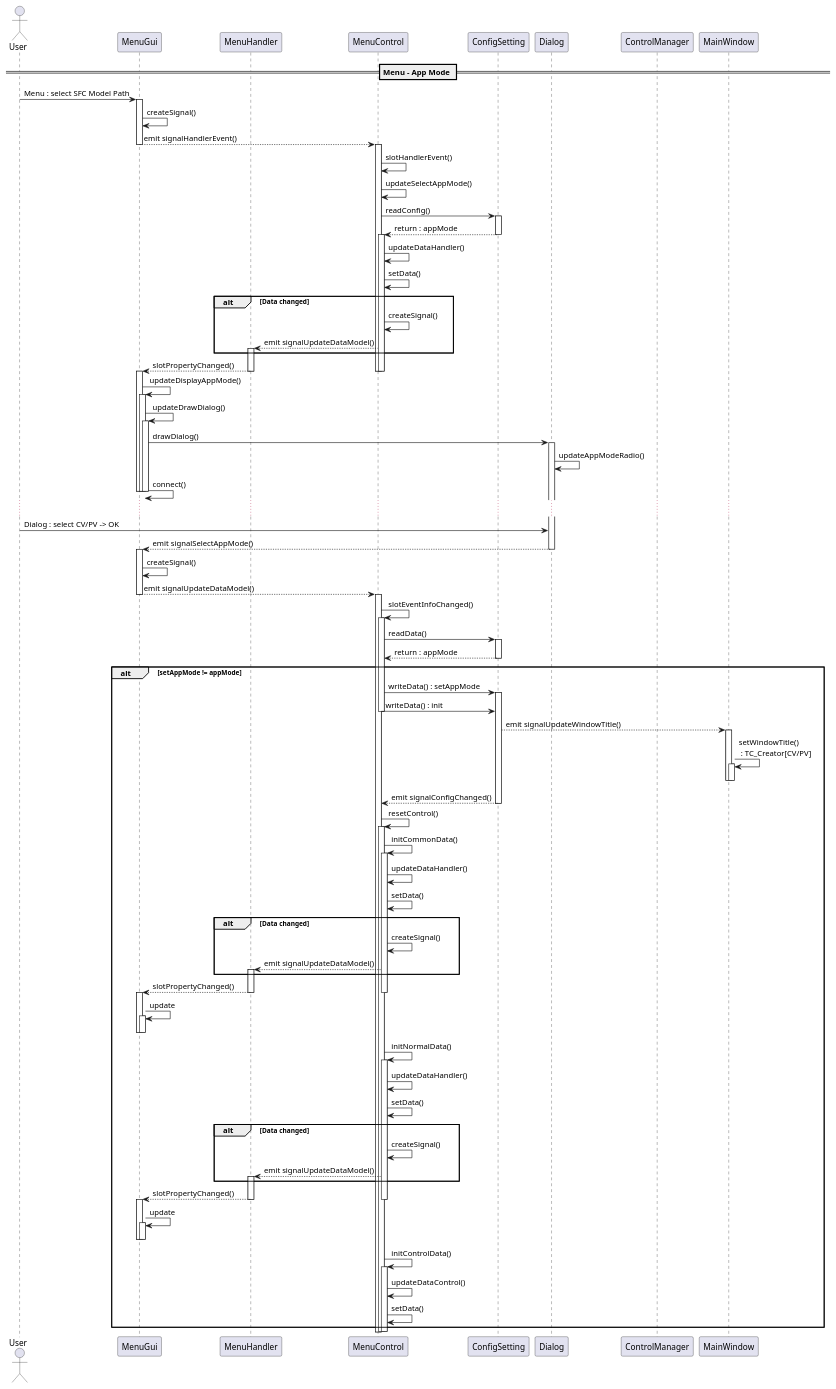
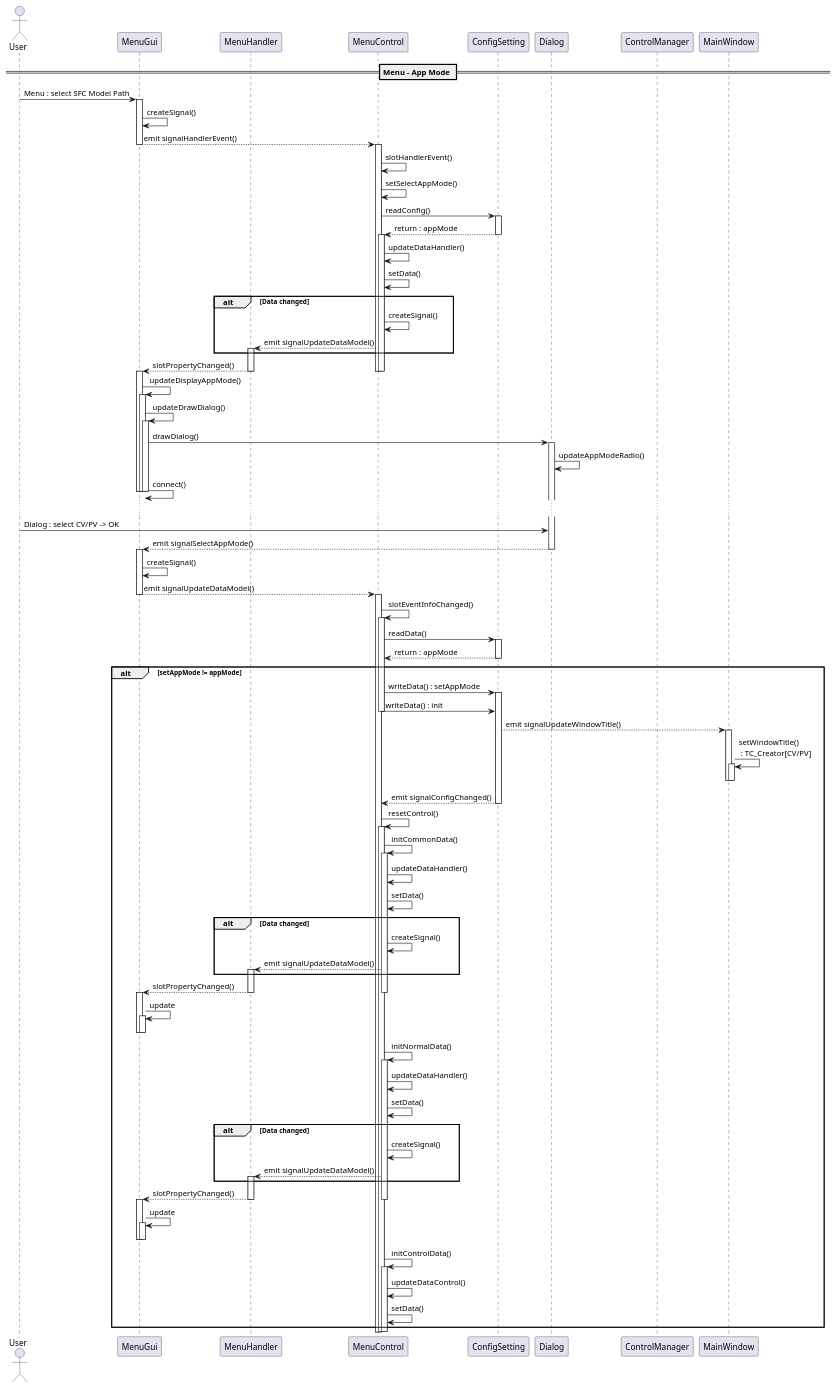
One commit to rlarudgh1997/Application changed the diagram in Diagram/020_Menu/SequenceDiagram_Menu2.plantuml. Above: the diagram before and after it, drawn with PlantUML. The commit also changed 18 other files, not shown here.

```diff
--- a/Diagram/020_Menu/SequenceDiagram_Menu2.plantuml
+++ b/Diagram/020_Menu/SequenceDiagram_Menu2.plantuml
@@ -1,174 +1,174 @@
 @startuml
 
 == Menu - App Mode ==
 
 actor User order 1
 
 
 participant MenuGui order 10
 participant MenuHandler order 20
 participant MenuControl order 30
 
 participant ConfigSetting order 40
 participant Dialog order 50
 participant ControlManager order 60
 
 participant MainWindow order 70
 
 
 
 User -> MenuGui: Menu : select SFC Model Path
 
 activate MenuGui
     MenuGui -> MenuGui : createSignal()
     MenuGui --> MenuControl : emit signalHandlerEvent()
 deactivate MenuGui
 
 activate MenuControl
     MenuControl -> MenuControl : slotHandlerEvent()
-    MenuControl -> MenuControl : updateSelectAppMode()
+    MenuControl -> MenuControl : setSelectAppMode()
 
     MenuControl -> ConfigSetting : readConfig()
     activate ConfigSetting
         MenuControl <-- ConfigSetting : return : appMode
     deactivate ConfigSetting
 
     activate MenuControl
         MenuControl -> MenuControl : updateDataHandler()
         MenuControl -> MenuControl : setData()
         alt Data changed
             MenuControl -> MenuControl : createSignal()
             MenuControl --> MenuHandler : emit signalUpdateDataModel()
             activate MenuHandler
         end
 
         MenuHandler --> MenuGui : slotPropertyChanged()
         deactivate MenuHandler
     deactivate MenuControl
 deactivate MenuControl
 
 activate MenuGui
     MenuGui -> MenuGui : updateDisplayAppMode()
     activate MenuGui
         MenuGui -> MenuGui : updateDrawDialog()
         activate MenuGui
 
         MenuGui -> Dialog : drawDialog()
         activate Dialog
         Dialog -> Dialog : updateAppModeRadio()
 
         MenuGui -> MenuGui : connect()
         deactivate MenuGui
     deactivate MenuGui
 deactivate MenuGui
 
 
 
 ...
 User -> Dialog : Dialog : select CV/PV -> OK
 
 
 
 MenuGui <-- Dialog : emit signalSelectAppMode()
 deactivate Dialog
 
 activate MenuGui
     MenuGui -> MenuGui : createSignal()
     MenuGui --> MenuControl : emit signalUpdateDataModel()
 deactivate MenuGui
 
 
 activate MenuControl
     MenuControl -> MenuControl : slotEventInfoChanged()
     activate MenuControl
         MenuControl -> ConfigSetting : readData()
         activate ConfigSetting
             MenuControl <-- ConfigSetting : return : appMode
         deactivate ConfigSetting
 
         alt setAppMode != appMode
             MenuControl -> ConfigSetting : writeData() : setAppMode
             activate ConfigSetting
             MenuControl -> ConfigSetting : writeData() : init
             deactivate MenuControl
 
 
             MainWindow <-- ConfigSetting : emit signalUpdateWindowTitle()
             activate MainWindow
                 MainWindow -> MainWindow : setWindowTitle()\n : TC_Creator[CV/PV]
                 activate MainWindow
                 deactivate MainWindow
             deactivate MainWindow
 
             MenuControl <-- ConfigSetting : emit signalConfigChanged()
             deactivate ConfigSetting
 
             MenuControl -> MenuControl : resetControl()
 
 
             activate MenuControl
 
             MenuControl -> MenuControl : initCommonData()
             activate MenuControl
                 MenuControl -> MenuControl : updateDataHandler()
                 MenuControl -> MenuControl : setData()
                 alt Data changed
                     MenuControl -> MenuControl : createSignal()
                     MenuControl --> MenuHandler : emit signalUpdateDataModel()
                     activate MenuHandler
                 end
 
                 MenuHandler --> MenuGui : slotPropertyChanged()
                 deactivate MenuHandler
             deactivate MenuControl
 
             activate MenuGui
                 MenuGui -> MenuGui : update
                 activate MenuGui
                 deactivate MenuGui
             deactivate MenuGui
 
 
 
 
 
 
 
 
             MenuControl -> MenuControl : initNormalData()
 
             activate MenuControl
                 MenuControl -> MenuControl : updateDataHandler()
                 MenuControl -> MenuControl : setData()
                 alt Data changed
                     MenuControl -> MenuControl : createSignal()
                     MenuControl --> MenuHandler : emit signalUpdateDataModel()
                     activate MenuHandler
                 end
 
                 MenuHandler --> MenuGui : slotPropertyChanged()
                 deactivate MenuHandler
             deactivate MenuControl
 
             activate MenuGui
                 MenuGui -> MenuGui : update
                 activate MenuGui
                 deactivate MenuGui
             deactivate MenuGui
 
 
 
             MenuControl -> MenuControl : initControlData()
 
             activate MenuControl
                 MenuControl -> MenuControl : updateDataControl()
                 MenuControl -> MenuControl : setData()
 
         end
 
 deactivate MenuControl
 deactivate MenuControl
 
 
 
 @enduml
```
